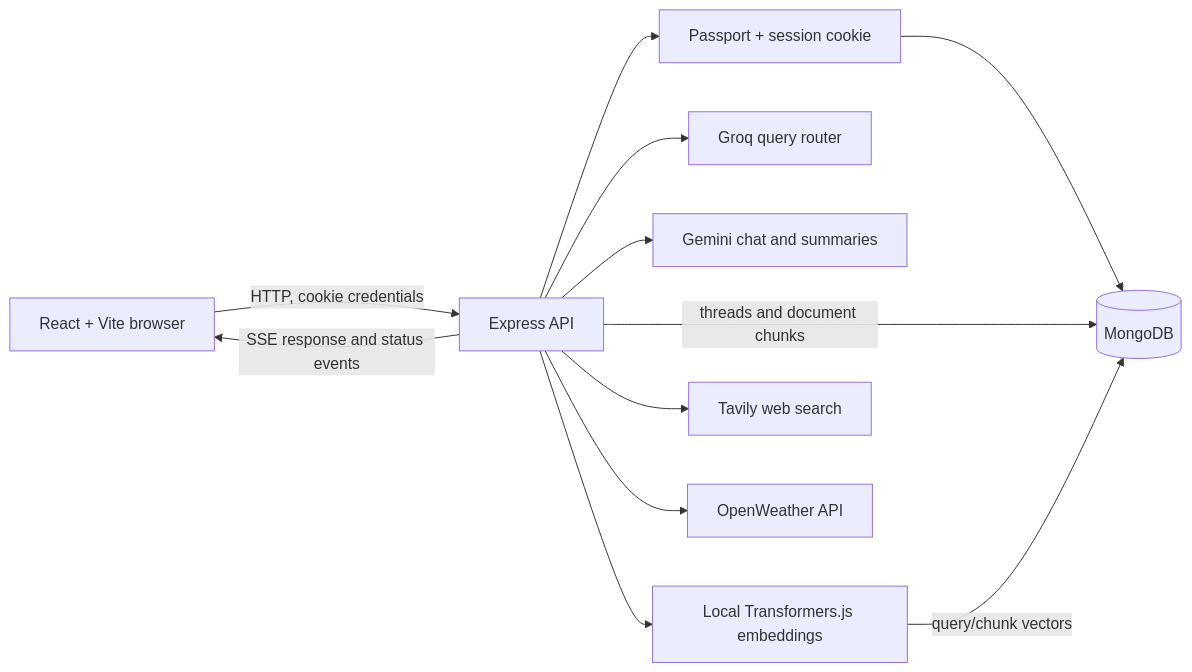
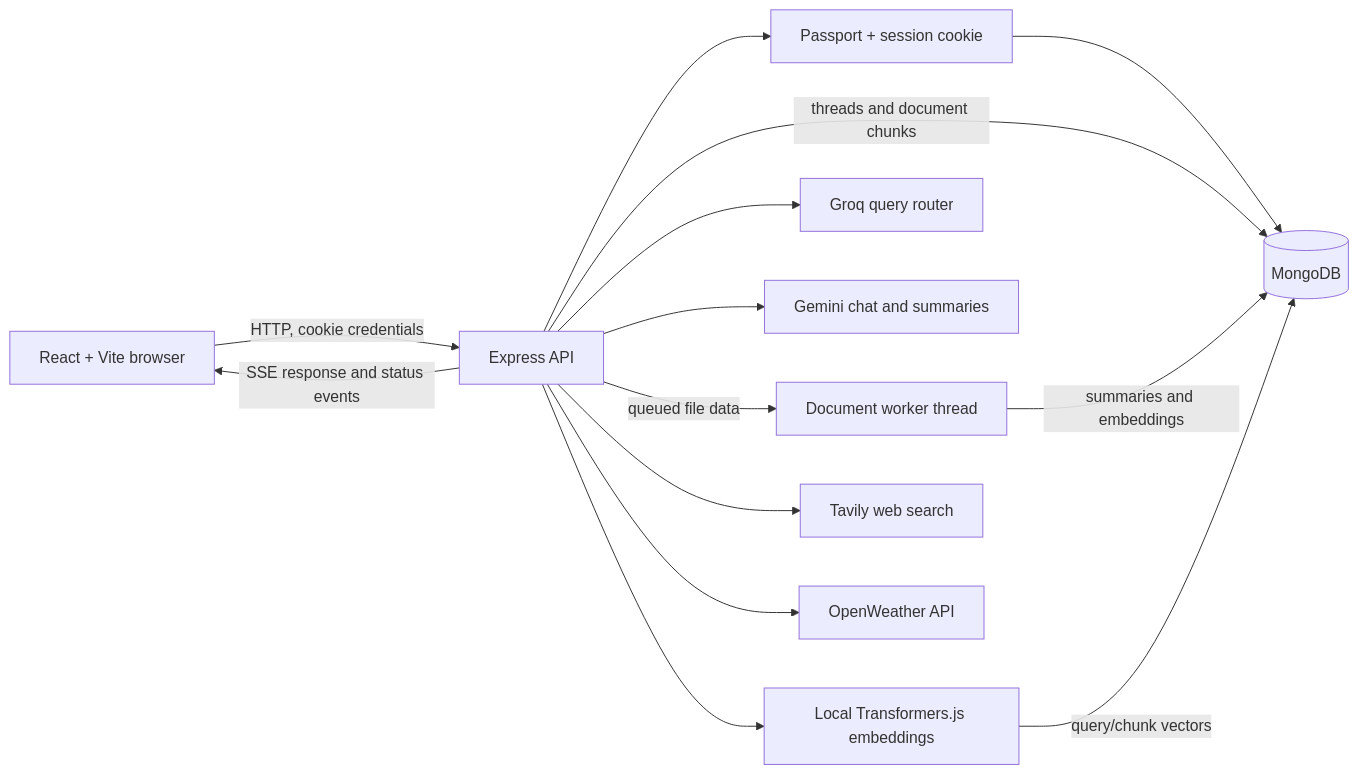
Before and after one commit to animeshgupta2023/NovaChat: the diagram in README.md, drawn with Mermaid. The commit also changed other lines of this file and 7 other files, not shown here.

Commit message:
worker thread for the document upload

````diff
--- a/README.md
+++ b/README.md
@@ -20,24 +20,27 @@
 ```mermaid
 flowchart LR
     Browser[React + Vite browser]
     API[Express API]
+    Worker[Document worker thread]
     Auth[Passport + session cookie]
     Mongo[(MongoDB)]
     Router[Groq query router]
     Gemini[Gemini chat and summaries]
     Embed[Local Transformers.js embeddings]
     Search[Tavily web search]
     Weather[OpenWeather API]
 
     Browser -->|HTTP, cookie credentials| API
     API --> Auth
     Auth --> Mongo
     API -->|threads and document chunks| Mongo
+    API -->|queued file data| Worker
+    Worker -->|summaries and embeddings| Mongo
     API -->|SSE response and status events| Browser
     API --> Router
     API --> Gemini
     API --> Embed
     Embed -->|query/chunk vectors| Mongo
     API --> Search
     API --> Weather
 ```
````
